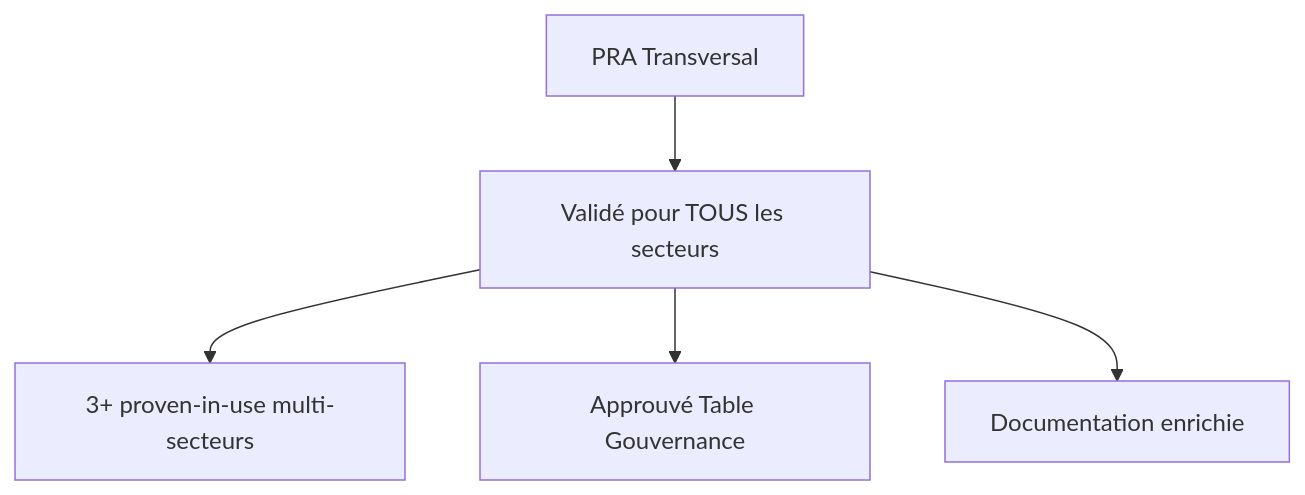
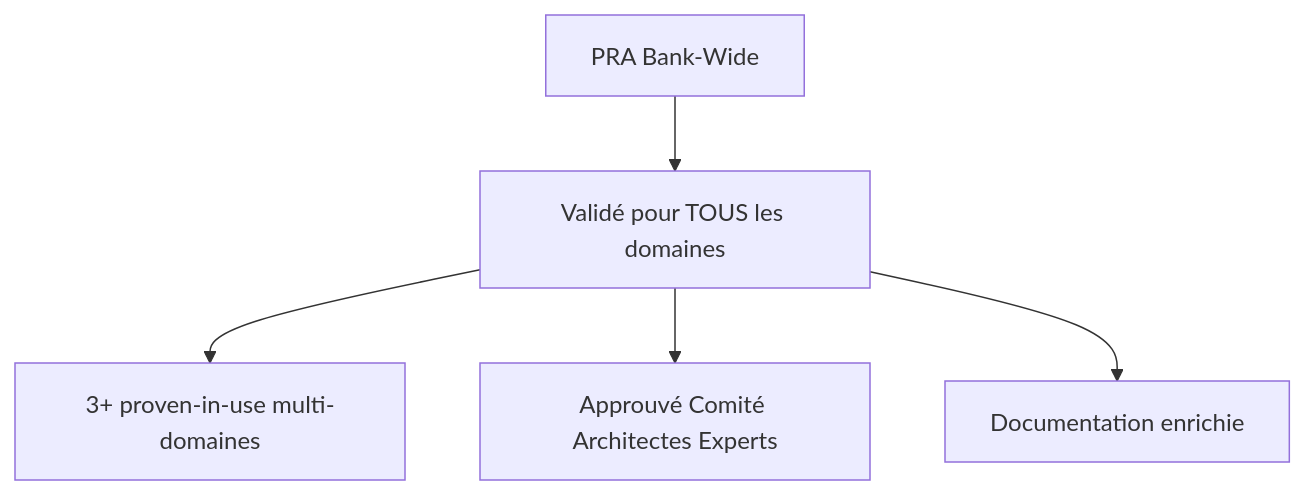
Before and after one commit to KiyaliHQ/proven-reusable-architecture: the first of 6 diagrams in site/content/fr/guides/02-understanding-pra.md, drawn with Mermaid. The commit also changed other lines of this file and 1 other file, not shown here.

````diff
--- a/site/content/fr/guides/02-understanding-pra.md
+++ b/site/content/fr/guides/02-understanding-pra.md
@@ -93,7 +93,7 @@
 ```mermaid
 graph TD
-    A[PRA Transversal] --> B[Validé pour TOUS les secteurs]
-    B --> C[3+ proven-in-use multi-secteurs]
-    B --> D[Approuvé Table Gouvernance]
+    A[PRA Bank-Wide] --> B[Validé pour TOUS les domaines]
+    B --> C[3+ proven-in-use multi-domaines]
+    B --> D[Approuvé Comité Architectes Experts]
     B --> E[Documentation enrichie]
 ```
````
